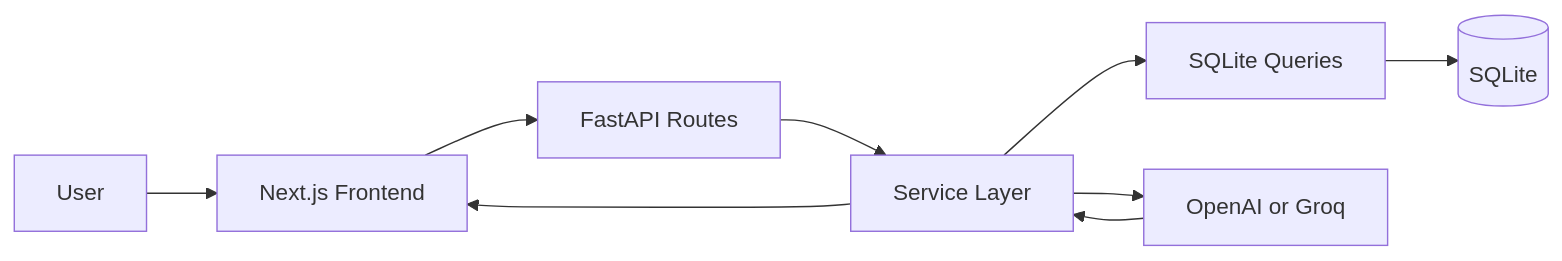
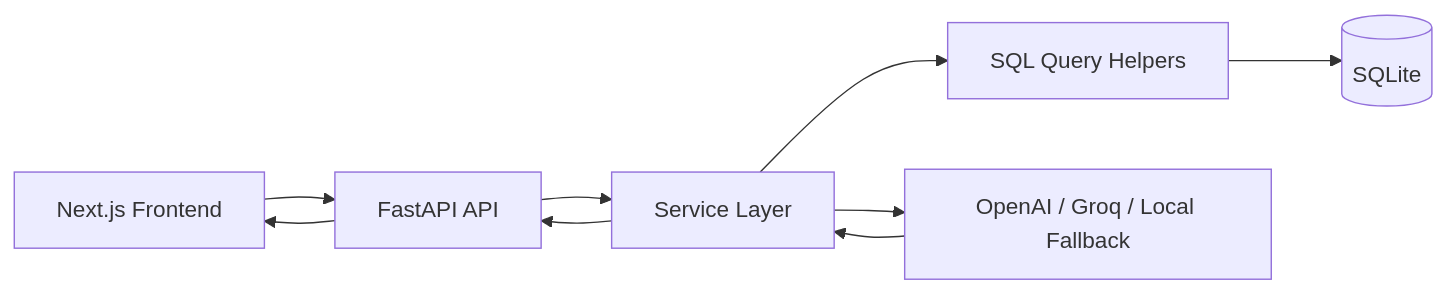
One commit to Vinil30/ScalerZoom changed the diagram in README.md. Above: the diagram before and after it, drawn with Mermaid. The commit also changed other lines of this file and 25 other files, not shown here.

````diff
--- a/README.md
+++ b/README.md
@@ -38,11 +31,11 @@
 ```mermaid
 flowchart LR
-  User[User] --> UI[Next.js Frontend]
-  UI --> API[FastAPI Routes]
-  API --> Services[Service Layer]
-  Services --> SQL[SQLite Queries]
-  Services --> AI[OpenAI or Groq]
-  SQL --> DB[(SQLite)]
+  Browser["Next.js Frontend"] --> API["FastAPI API"]
+  API --> Services["Service Layer"]
+  Services --> Queries["SQL Query Helpers"]
+  Queries --> SQLite[("SQLite")]
+  Services --> AI["OpenAI / Groq / Local Fallback"]
   AI --> Services
-  Services --> UI
+  Services --> API
+  API --> Browser
 ```
````
